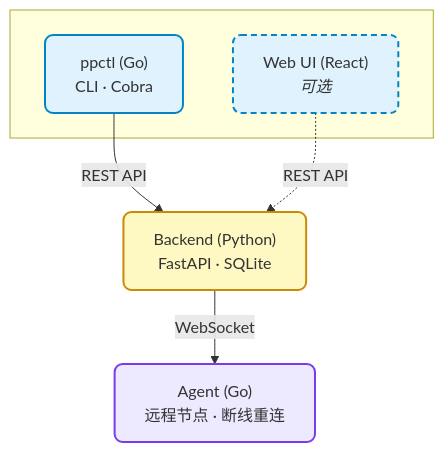
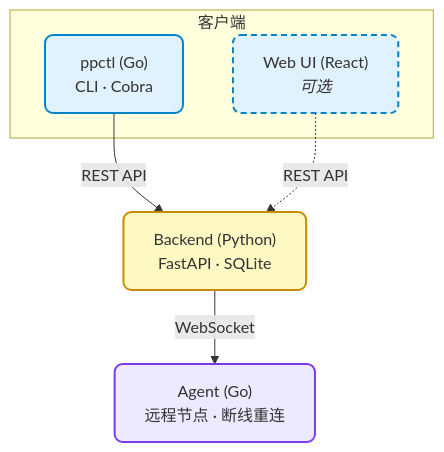
One commit to TenMilesSwordGod/taskpps changed the first of 3 diagrams in README.md. Above: the diagram before and after it, drawn with Mermaid. The commit also changed other lines of this file, not shown here.

Commit message:
docs: 全面重写README，添加mermaid架构图表

````diff
--- a/README.md
+++ b/README.md
@@ -12,19 +26,19 @@
 ```mermaid
 flowchart TB
-    subgraph " "
+    subgraph "客户端"
         P["ppctl (Go)<br/>CLI · Cobra"]
         W["Web UI (React)<br/><i>可选</i>"]
     end
 
     B["Backend (Python)<br/>FastAPI · SQLite"]
     A["Agent (Go)<br/>远程节点 · 断线重连"]
 
     P -- "REST API" --> B
     W -. "REST API" .-> B
     B -- "WebSocket" --> A
 
     style P fill:#e0f2fe,stroke:#0284c7,stroke-width:2px,rx:8px
     style W fill:#e0f2fe,stroke:#0284c7,stroke-width:2px,stroke-dasharray:6 4,rx:8px
     style B fill:#fef9c3,stroke:#ca8a04,stroke-width:2px,rx:8px
     style A fill:#ede9fe,stroke:#7c3aed,stroke-width:2px,rx:8px
 ```
````
